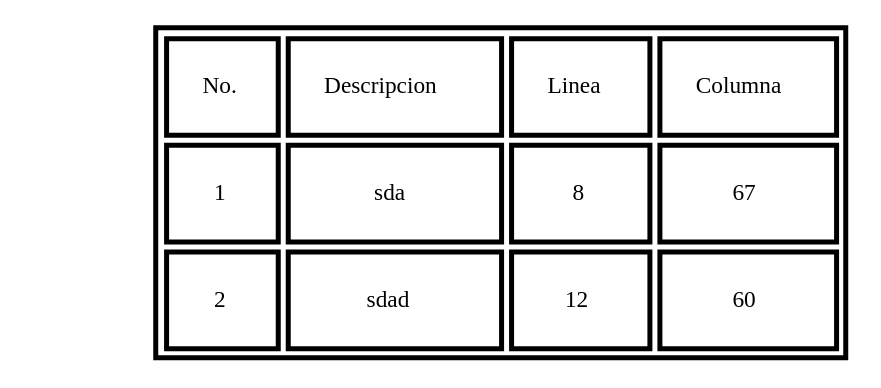
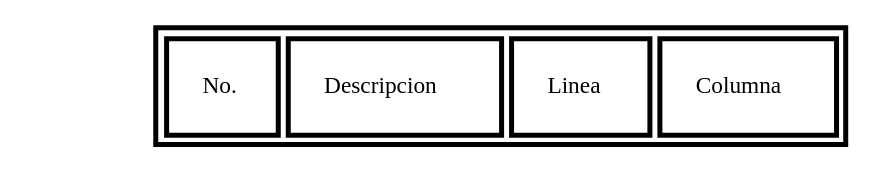
The diagram in sintacticos.dot (kevinmp2/LFP_PROYECTO2_202103206), drawn with Graphviz before and after one commit. The commit also changed 23 other files, not shown here.

```diff
--- a/sintacticos.dot
+++ b/sintacticos.dot
@@ -1,2 +1,2 @@
 digraph G {Start[label="", shape=none]
-a0[shape=none label=<<TABLE align="center" border="3" cellspacing="3" cellpadding="20"><TR><TD><FONT FACE="bold">No.</FONT></TD><TD><FONT FACE="bold">Descripcion</FONT></TD><TD><FONT FACE="bold">Linea</FONT></TD><TD><FONT FACE="bold">Columna</FONT></TD></TR><TR><TD>1</TD><TD>sda</TD><TD>8</TD><TD>67</TD></TR><TR><TD>2</TD><TD>sdad</TD><TD>12</TD><TD>60</TD></TR></TABLE>>];}
+a0[shape=none label=<<TABLE align="center" border="3" cellspacing="3" cellpadding="20"><TR><TD><FONT FACE="bold">No.</FONT></TD><TD><FONT FACE="bold">Descripcion</FONT></TD><TD><FONT FACE="bold">Linea</FONT></TD><TD><FONT FACE="bold">Columna</FONT></TD></TR></TABLE>>];}
```
